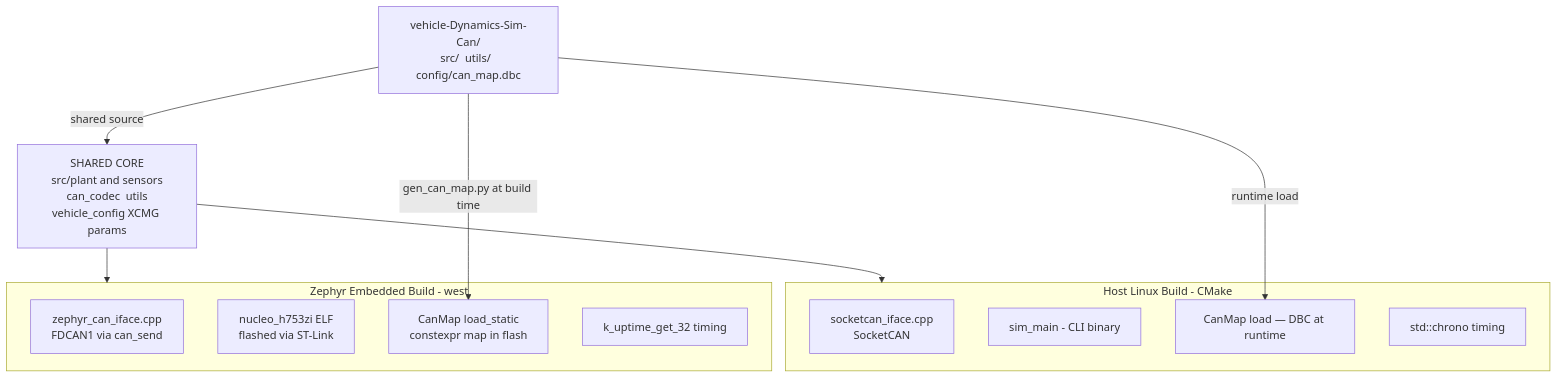
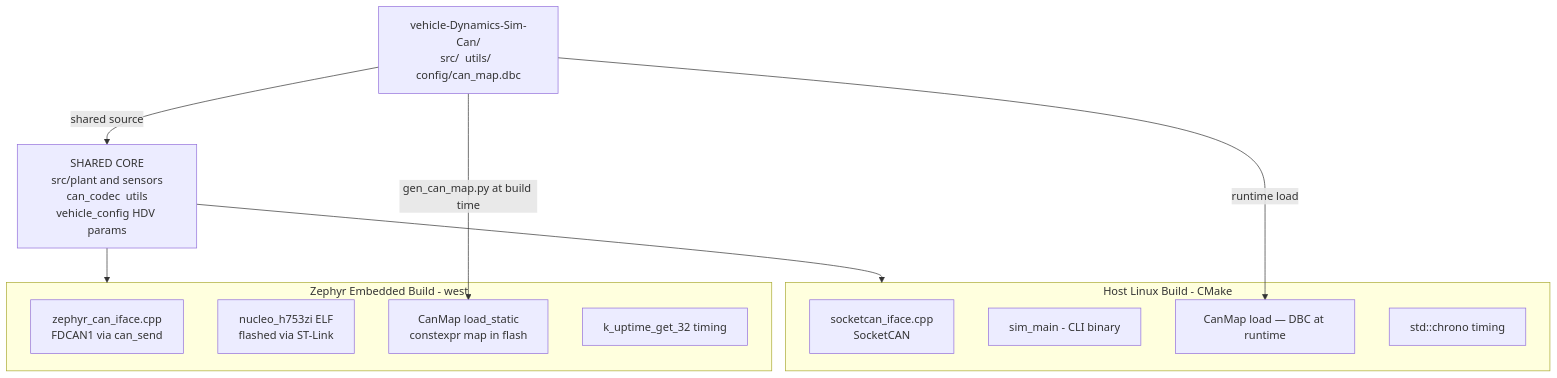
One commit to mtilocca/vehicle-Dynamics-Sim-Can changed the third of 7 diagrams in docs/zephyr/ZEPHYR_PORT.md. Above: the diagram before and after it, drawn with Mermaid. The commit also changed other lines of this file and 44 other files, not shown here.

````diff
--- a/docs/zephyr/ZEPHYR_PORT.md
+++ b/docs/zephyr/ZEPHYR_PORT.md
@@ -159,24 +159,24 @@
 ```mermaid
 graph TD
     ROOT["vehicle-Dynamics-Sim-Can/\nsrc/  utils/  config/can_map.dbc"]
-    ROOT -->|"shared source"| SHARED["SHARED CORE\nsrc/plant and sensors\ncan_codec  utils\nvehicle_config XCMG params"]
+    ROOT -->|"shared source"| SHARED["SHARED CORE\nsrc/plant and sensors\ncan_codec  utils\nvehicle_config HDV params"]
     SHARED --> HOST
     SHARED --> ZEPH
 
     subgraph HOST["Host Linux Build - CMake"]
         H1["socketcan_iface.cpp\nSocketCAN"]
         H2["sim_main - CLI binary"]
         H3["CanMap load — DBC at runtime"]
         H4["std::chrono timing"]
     end
 
     subgraph ZEPH["Zephyr Embedded Build - west"]
         Z1["zephyr_can_iface.cpp\nFDCAN1 via can_send"]
         Z2["nucleo_h753zi ELF\nflashed via ST-Link"]
         Z3["CanMap load_static\nconstexpr map in flash"]
         Z4["k_uptime_get_32 timing"]
     end
 
     ROOT -->|"runtime load"| H3
     ROOT -->|"gen_can_map.py at build time"| Z3
 ```
````
